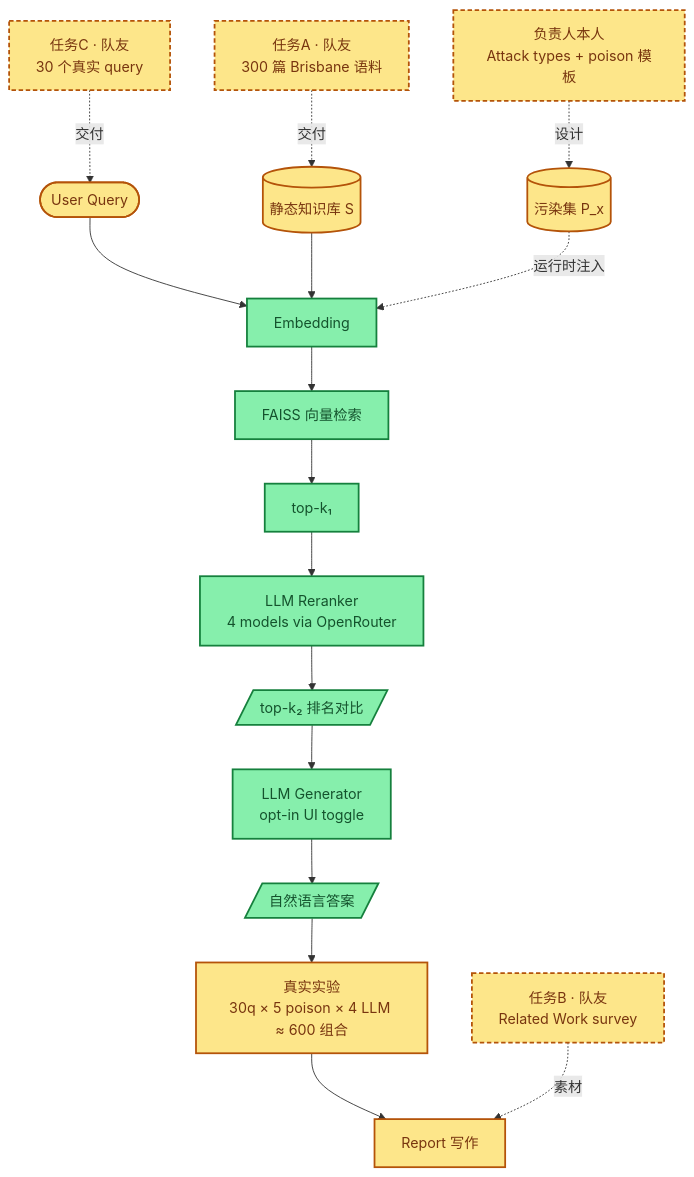
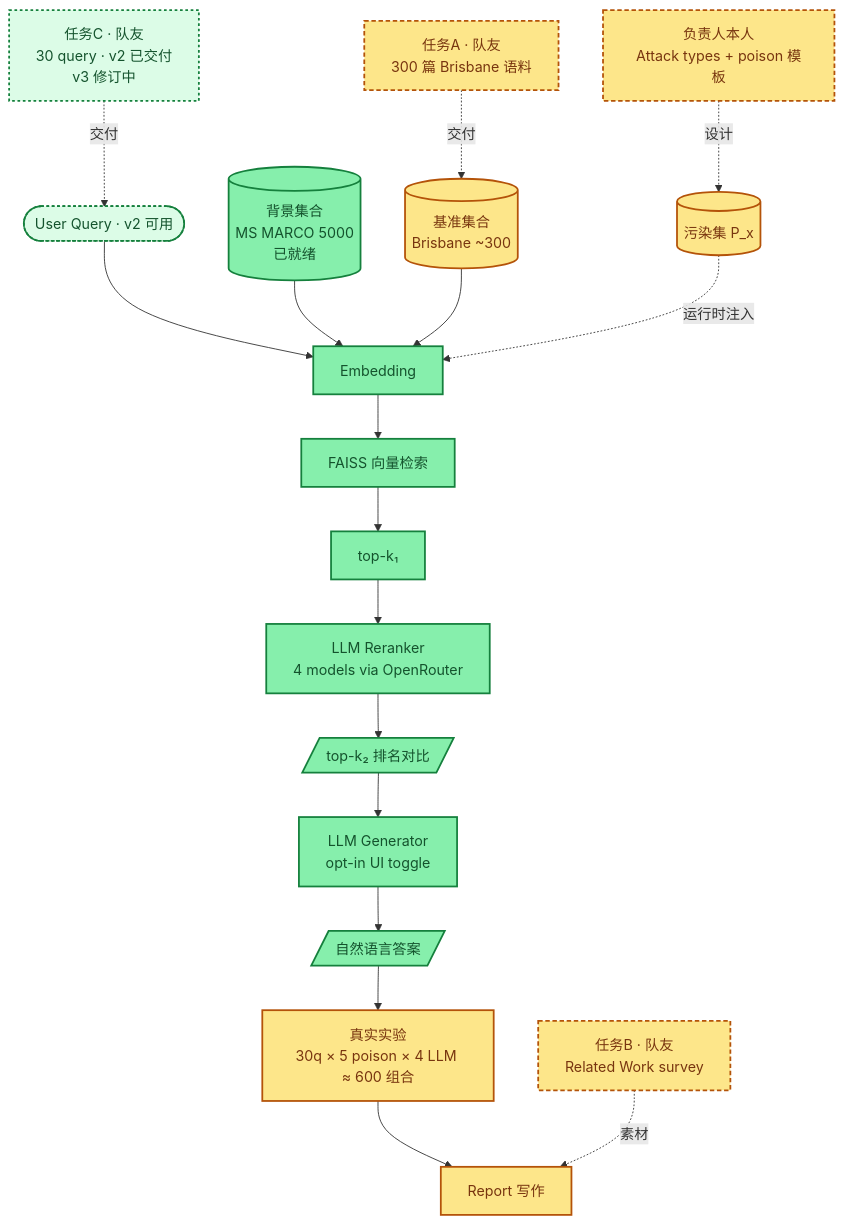
The second of 2 diagrams in README.cn.md (LiuJiLan/COMS4507-RAG-Poisoning-Demo), drawn with Mermaid before and after one commit. The commit also changed other lines of this file and 9 other files, not shown here.

Commit message:
add MS MARCO background corpus; split static KB into BASE + BACKGROUND

````diff
--- a/README.cn.md
+++ b/README.cn.md
@@ -84,46 +91,49 @@
 ```mermaid
 flowchart TB
     %% ===== 待交付任务（虚线框，标 owner） =====
     TA["任务A · 队友<br/>300 篇 Brisbane 语料"]:::task
-    TC["任务C · 队友<br/>30 个真实 query"]:::task
+    TC["任务C · 队友<br/>30 query · v2 已交付<br/>v3 修订中"]:::partial
     TL["负责人本人<br/>Attack types + poison 模板"]:::task
     TB["任务B · 队友<br/>Related Work survey"]:::task
 
-    %% ===== RAG 输入（等真实数据） =====
-    Q([User Query]):::wait
-    KB[(静态知识库 S)]:::wait
+    %% ===== RAG 输入（部分就绪） =====
+    Q([User Query · v2 可用]):::partial
+    BG[("背景集合<br/>MS MARCO 5000<br/>已就绪")]:::ready
+    BASE[("基准集合<br/>Brisbane ~300")]:::wait
     PX[(污染集 P_x)]:::wait
 
     %% ===== Pipeline 代码（已就绪） =====
     EMB["Embedding"]:::ready
     FAISS["FAISS 向量检索"]:::ready
     K1["top-k₁"]:::ready
     RER["LLM Reranker<br/>4 models via OpenRouter"]:::ready
     GEN["LLM Generator<br/>opt-in UI toggle"]:::ready
     K2[/"top-k₂ 排名对比"/]:::ready
     ANS[/"自然语言答案"/]:::ready
 
     %% ===== 最终产出（阻塞中） =====
     EXP["真实实验<br/>30q × 5 poison × 4 LLM ≈ 600 组合"]:::wait
     REP["Report 写作"]:::wait
 
     %% 任务 → 输入 供给关系
     TC -.->|交付| Q
-    TA -.->|交付| KB
+    TA -.->|交付| BASE
     TL -.->|设计| PX
 
     %% Pipeline 主流
     Q --> EMB
-    KB --> EMB
+    BG --> EMB
+    BASE --> EMB
     PX -. 运行时注入 .-> EMB
     EMB --> FAISS --> K1 --> RER --> K2 --> GEN --> ANS
 
     %% 下游阻塞链
     ANS --> EXP
     EXP --> REP
     TB -.->|素材| REP
 
     classDef ready fill:#86efac,stroke:#15803d,color:#14532d,stroke-width:2px
     classDef wait fill:#fde68a,stroke:#b45309,color:#78350f,stroke-width:2px
     classDef task fill:#fde68a,stroke:#b45309,color:#78350f,stroke-width:2px,stroke-dasharray:5 3
+    classDef partial fill:#dcfce7,stroke:#15803d,color:#14532d,stroke-width:2px,stroke-dasharray:3 3
 ```
````
